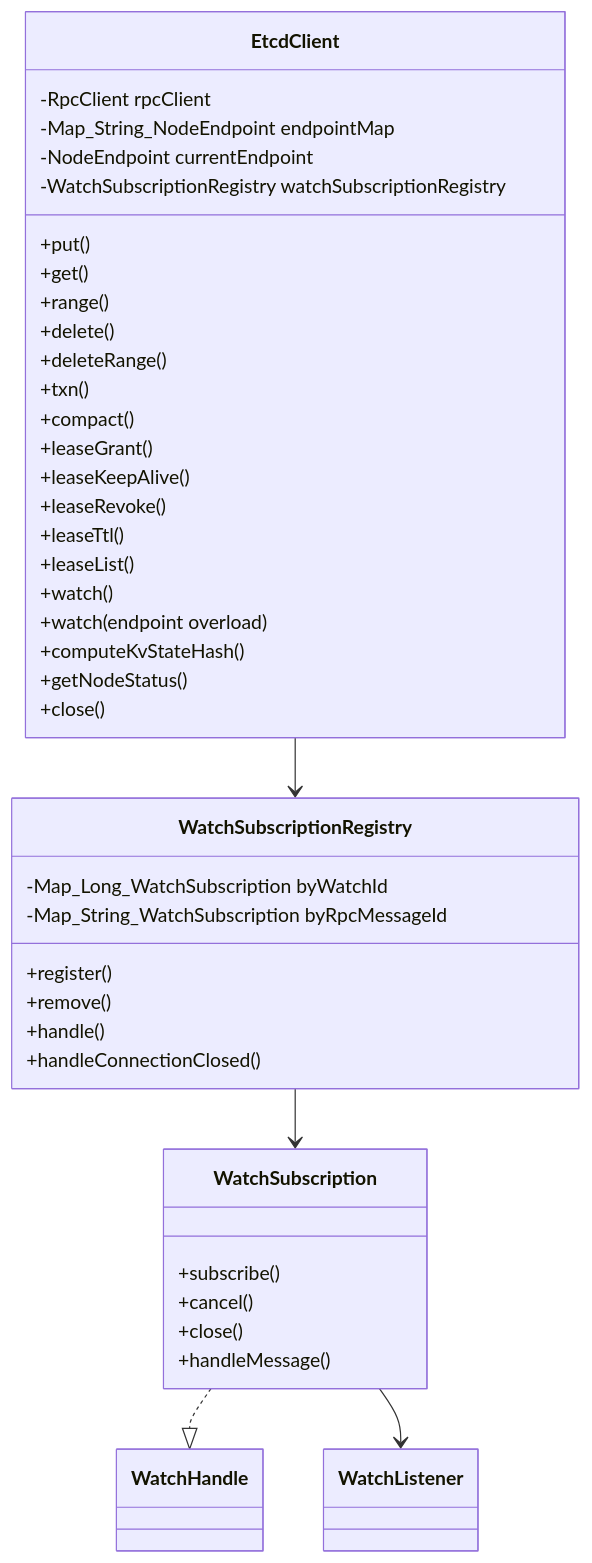
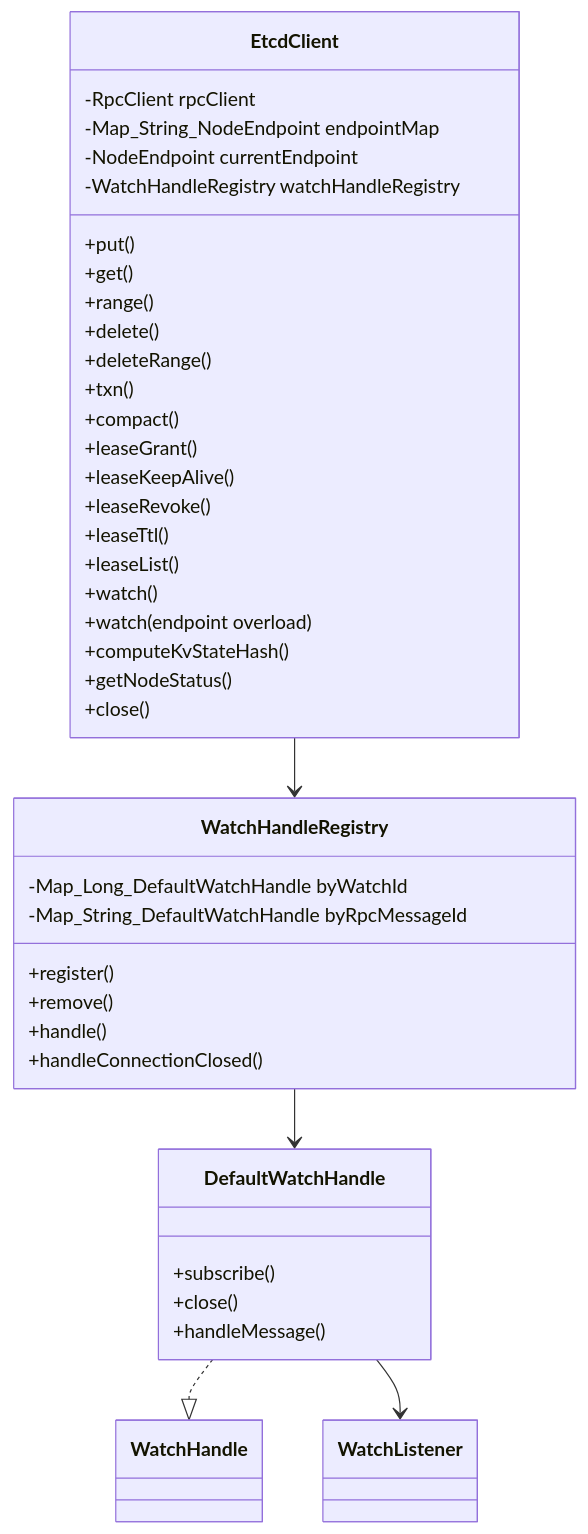
One commit to xhjkss/mini-etcd-project changed the first of 3 diagrams in docs/architecture-08-sdk.md. Above: the diagram before and after it, drawn with Mermaid. The commit also changed other lines of this file and 19 other files, not shown here.

Commit message:
refactor(kernel): 重构 WatchStore/WatchSubscribeRequest 与 channel 写路由，切换服务端分配 watchId，拆分控制面/数据面队列并收敛 subscribe 首帧与通知推送时序 refactor(sdk): 重构 EtcdClient 的 watch 处理链路（WatchHandleRegistry + DefaultWatchHandle），明确订阅建立、事件推送、取消关闭四阶段状态流转，统一并发场景下的状态收敛与消息分发时序

````diff
--- a/docs/architecture-08-sdk.md
+++ b/docs/architecture-08-sdk.md
@@ -29,50 +29,49 @@
 ```mermaid
 classDiagram
     class EtcdClient {
       -RpcClient rpcClient
       -Map_String_NodeEndpoint endpointMap
       -NodeEndpoint currentEndpoint
-      -WatchSubscriptionRegistry watchSubscriptionRegistry
+      -WatchHandleRegistry watchHandleRegistry
       +put()
       +get()
       +range()
       +delete()
       +deleteRange()
       +txn()
       +compact()
       +leaseGrant()
       +leaseKeepAlive()
       +leaseRevoke()
       +leaseTtl()
       +leaseList()
       +watch()
       +watch(endpoint overload)
       +computeKvStateHash()
       +getNodeStatus()
       +close()
     }
 
-    class WatchSubscriptionRegistry {
-      -Map_Long_WatchSubscription byWatchId
-      -Map_String_WatchSubscription byRpcMessageId
+    class WatchHandleRegistry {
+      -Map_Long_DefaultWatchHandle byWatchId
+      -Map_String_DefaultWatchHandle byRpcMessageId
       +register()
       +remove()
       +handle()
       +handleConnectionClosed()
     }
 
-    class WatchSubscription {
+    class DefaultWatchHandle {
       +subscribe()
-      +cancel()
       +close()
       +handleMessage()
     }
 
     class WatchHandle
     class WatchListener
 
-    EtcdClient --> WatchSubscriptionRegistry
-    WatchSubscriptionRegistry --> WatchSubscription
-    WatchSubscription ..|> WatchHandle
-    WatchSubscription --> WatchListener
+    EtcdClient --> WatchHandleRegistry
+    WatchHandleRegistry --> DefaultWatchHandle
+    DefaultWatchHandle ..|> WatchHandle
+    DefaultWatchHandle --> WatchListener
 ```
````
